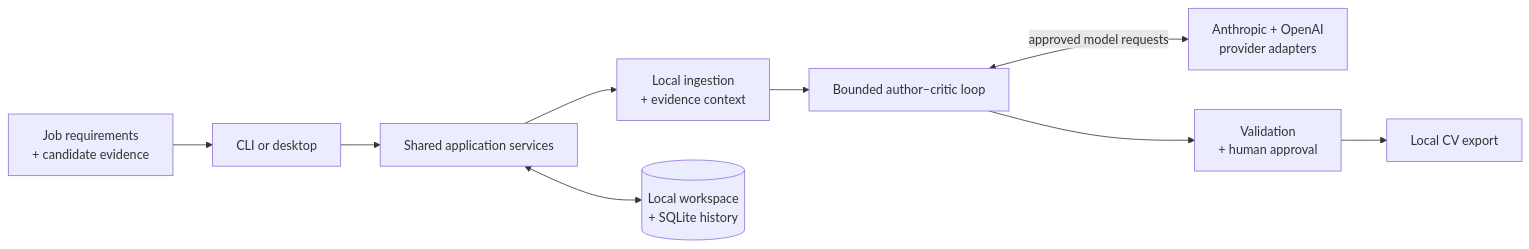
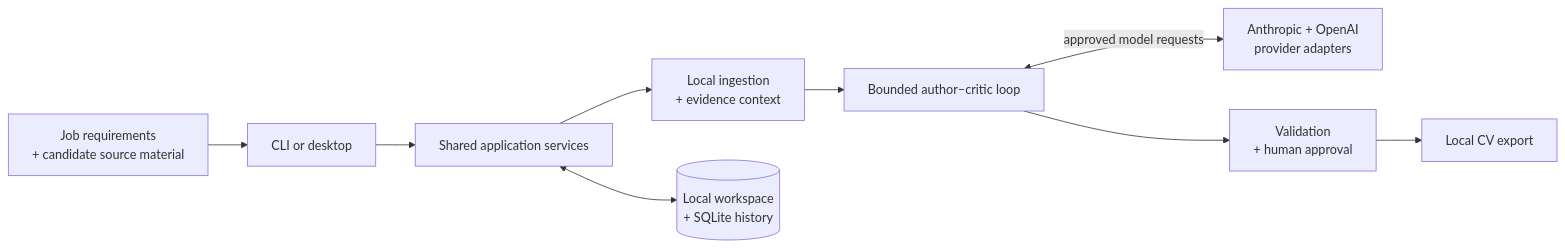
One commit to akoita/draft-loop changed the diagram in README.md. Above: the diagram before and after it, drawn with Mermaid. The commit also changed other lines of this file and 11 other files, not shown here.

Commit message:
fix: use candidate-source traceability semantics (#131)

````diff
--- a/README.md
+++ b/README.md
@@ -70,18 +75,18 @@
 ```mermaid
 flowchart LR
-    Inputs["Job requirements<br/>+ candidate evidence"]
+    Inputs["Job requirements<br/>+ candidate source material"]
     Adapters["CLI or desktop"]
     Application["Shared application services"]
     Context["Local ingestion<br/>+ evidence context"]
     Loop["Bounded author–critic loop"]
     Models["Anthropic + OpenAI<br/>provider adapters"]
     Review["Validation<br/>+ human approval"]
     Export["Local CV export"]
     Storage[("Local workspace<br/>+ SQLite history")]
 
     Inputs --> Adapters --> Application
     Application --> Context --> Loop
     Loop <-->|"approved model requests"| Models
     Loop --> Review --> Export
     Application <--> Storage
 ```
````
